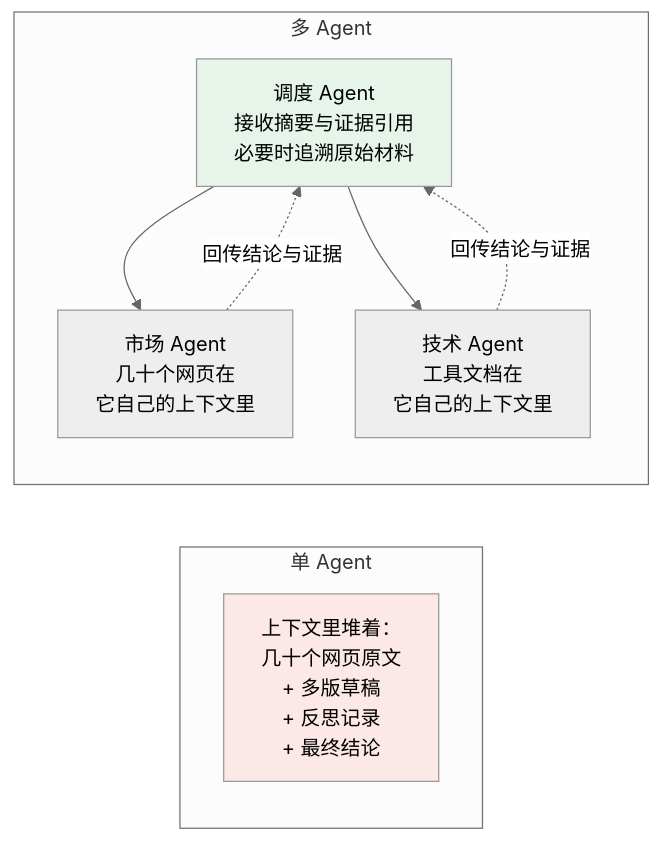
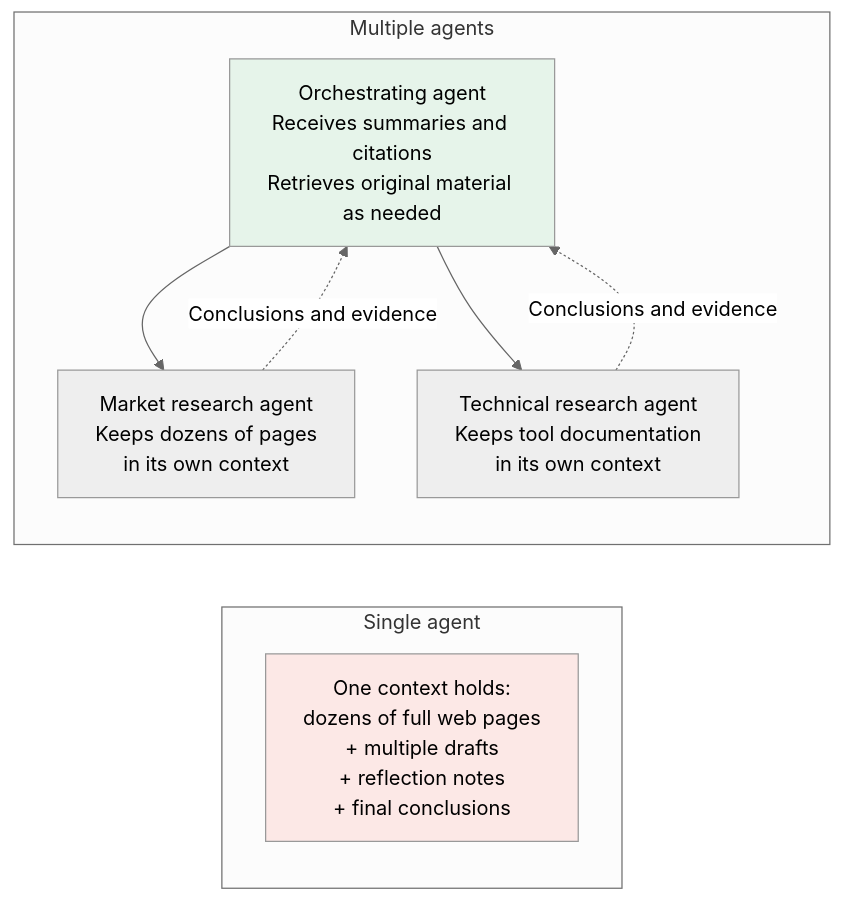
Before and after one commit to oneleaveknowsthefall/awesome-ai-roadmap: the first of 3 diagrams in docs/tools/04-agent-communication/11-a2a-protocol.md, drawn with Mermaid (neutral theme). The commit also changed other lines of this file and 42 other files, not shown here.

````diff
--- a/docs/tools/04-agent-communication/11-a2a-protocol.md
+++ b/docs/tools/04-agent-communication/11-a2a-protocol.md
@@ -29,19 +29,19 @@
 ```mermaid
 flowchart LR
-    subgraph SINGLE["单 Agent"]
-        S1["上下文里堆着：<br/>几十个网页原文<br/>+ 多版草稿<br/>+ 反思记录<br/>+ 最终结论"]
+    subgraph SINGLE["Single agent"]
+        S1["One context holds:<br/>dozens of full web pages<br/>+ multiple drafts<br/>+ reflection notes<br/>+ final conclusions"]
     end
 
-    subgraph MULTI["多 Agent"]
-        O["调度 Agent<br/>接收摘要与证据引用<br/>必要时追溯原始材料"]
-        A1["市场 Agent<br/>几十个网页在<br/>它自己的上下文里"]
-        A2["技术 Agent<br/>工具文档在<br/>它自己的上下文里"]
+    subgraph MULTI["Multiple agents"]
+        O["Orchestrating agent<br/>Receives summaries and citations<br/>Retrieves original material as needed"]
+        A1["Market research agent<br/>Keeps dozens of pages<br/>in its own context"]
+        A2["Technical research agent<br/>Keeps tool documentation<br/>in its own context"]
         O --> A1
         O --> A2
-        A1 -.回传结论与证据.-> O
-        A2 -.回传结论与证据.-> O
+        A1 -.Conclusions and evidence.-> O
+        A2 -.Conclusions and evidence.-> O
     end
 
     style S1 fill:#fce8e6
     style O fill:#e6f4ea
 ```
````
